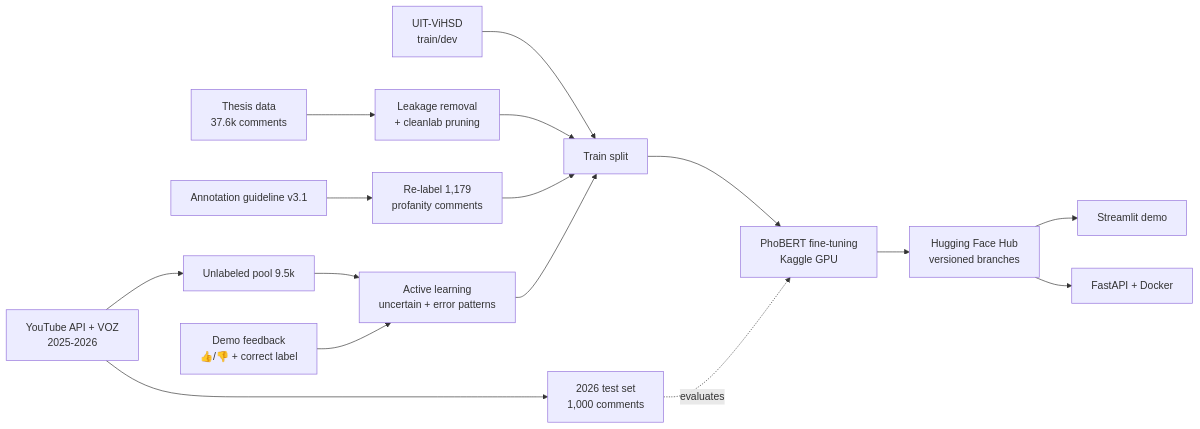
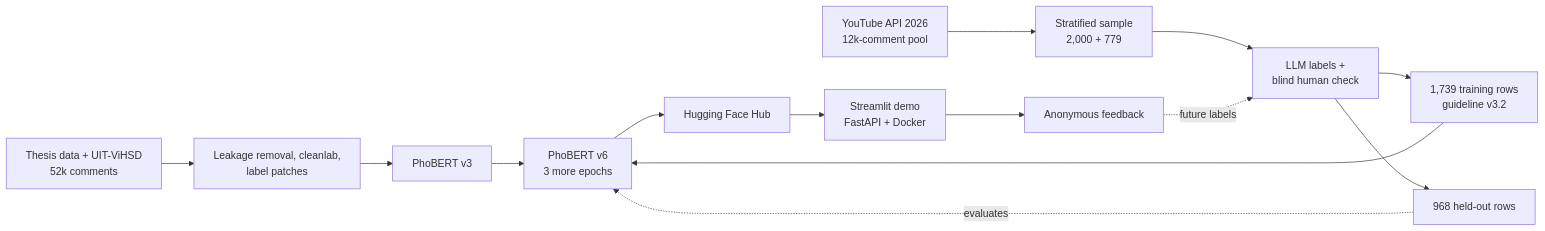
Before and after one commit to Harukaru1/vietnamese-toxic-comment-moderation: the diagram in README.md, drawn with Mermaid. The commit also changed other lines of this file and 15 other files, not shown here.

First line of the commit message:
Docs: rewrite README around test set 2 and v6; Vietnamese report and study guide

````diff
--- a/README.md
+++ b/README.md
@@ -70,15 +83,10 @@
 ```mermaid
 flowchart LR
-    A[Thesis data<br/>37.6k comments] --> B[Leakage removal<br/>+ cleanlab pruning]
-    V[UIT-ViHSD<br/>train/dev] --> C
-    B --> C[Train split]
-    G[Annotation guideline v3.1] --> R[Re-label 1,179<br/>profanity comments]
-    R --> C
-    Y[YouTube API + VOZ<br/>2025-2026] --> T[2026 test set<br/>1,000 comments]
-    Y --> P[Unlabeled pool 9.5k] --> AL[Active learning<br/>uncertain + error patterns] --> C
-    F[Demo feedback<br/>👍/👎 + correct label] --> AL
-    C --> M[PhoBERT fine-tuning<br/>Kaggle GPU] --> H[Hugging Face Hub<br/>versioned branches]
-    H --> S[Streamlit demo]
-    H --> API[FastAPI + Docker]
-    T -.evaluates.-> M
+    A[Thesis data + UIT-ViHSD<br/>52k comments] --> B[Leakage removal, cleanlab,<br/>label patches] --> M3[PhoBERT v3]
+    Y[YouTube API 2026<br/>12k-comment pool] --> S[Stratified sample<br/>2,000 + 779] --> L[LLM labels +<br/>blind human check]
+    L --> TR[1,739 training rows<br/>guideline v3.2] --> M6[PhoBERT v6<br/>3 more epochs]
+    M3 --> M6
+    L --> TE[968 held-out rows] -.evaluates.-> M6
+    M6 --> H[Hugging Face Hub] --> APP[Streamlit demo<br/>FastAPI + Docker]
+    APP --> F[Anonymous feedback] -.future labels.-> L
 ```
````
